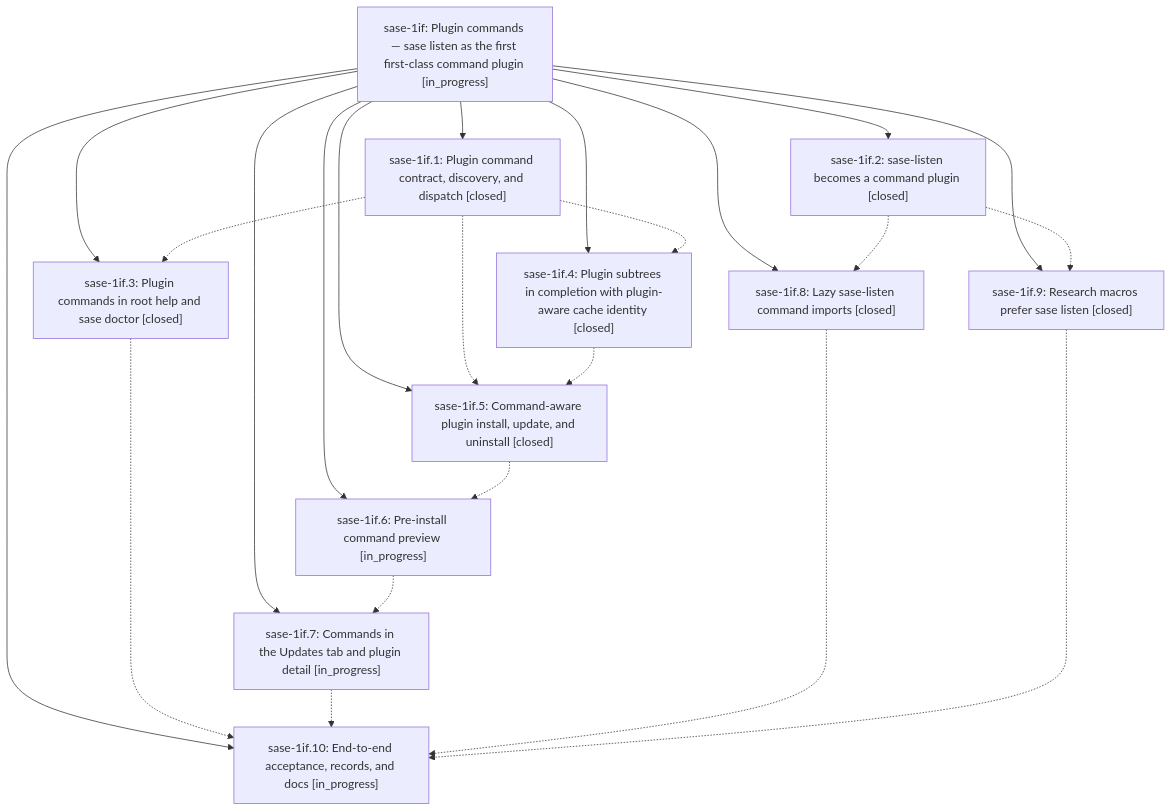
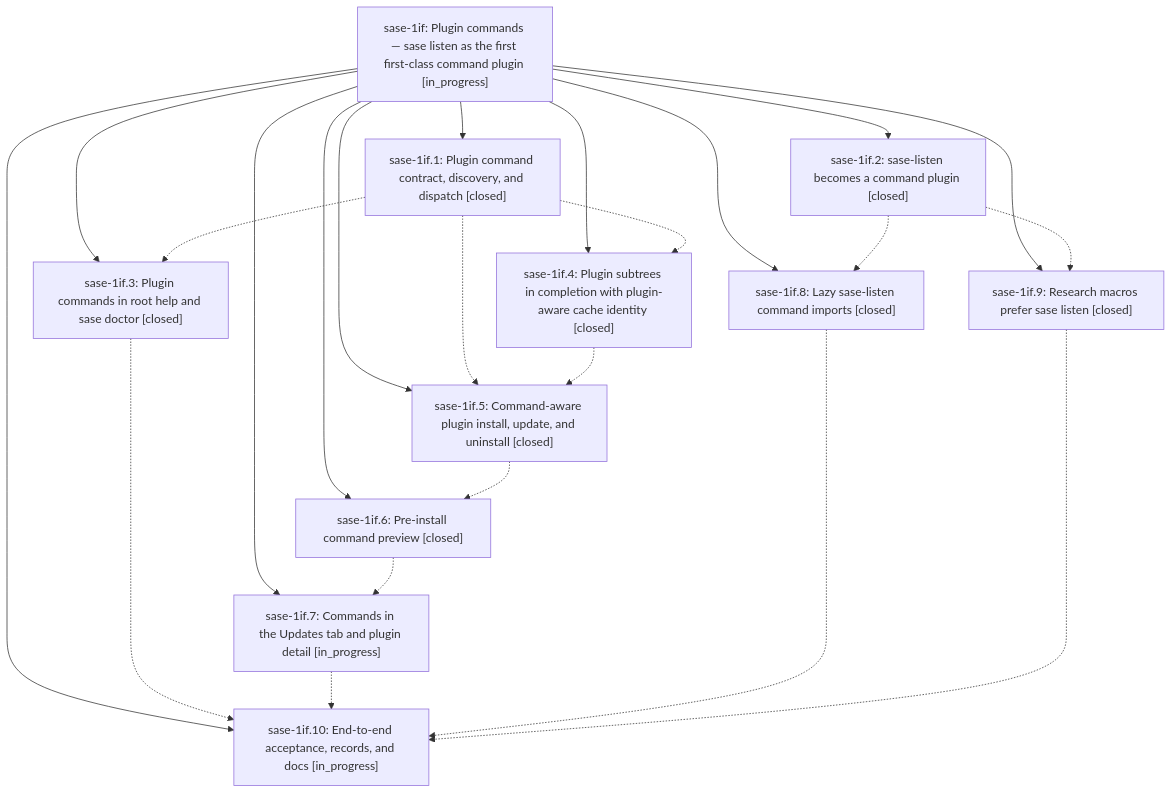
The diagram in pages/sase-1if/README.md (sase-org/sase--beads), drawn with Mermaid before and after one commit. The commit also changed other lines of this file and 4 other files, not shown here.

````diff
--- a/pages/sase-1if/README.md
+++ b/pages/sase-1if/README.md
@@ -45,36 +45,36 @@
 ```mermaid
 flowchart TD
     n0["sase-1if: Plugin commands — sase listen as the first first-class command plugin [in_progress]"]
     n1["sase-1if.1: Plugin command contract, discovery, and dispatch [closed]"]
     n2["sase-1if.10: End-to-end acceptance, records, and docs [in_progress]"]
     n3["sase-1if.2: sase-listen becomes a command plugin [closed]"]
     n4["sase-1if.3: Plugin commands in root help and sase doctor [closed]"]
     n5["sase-1if.4: Plugin subtrees in completion with plugin-aware cache identity [closed]"]
     n6["sase-1if.5: Command-aware plugin install, update, and uninstall [closed]"]
-    n7["sase-1if.6: Pre-install command preview [in_progress]"]
+    n7["sase-1if.6: Pre-install command preview [closed]"]
     n8["sase-1if.7: Commands in the Updates tab and plugin detail [in_progress]"]
     n9["sase-1if.8: Lazy sase-listen command imports [closed]"]
     n10["sase-1if.9: Research macros prefer sase listen [closed]"]
     n0 --> n1
     n0 --> n2
     n0 --> n3
     n0 --> n4
     n0 --> n5
     n0 --> n6
     n0 --> n7
     n0 --> n8
     n0 --> n9
     n0 --> n10
     n1 -.-> n4
     n1 -.-> n5
     n1 -.-> n6
     n3 -.-> n9
     n3 -.-> n10
     n4 -.-> n2
     n5 -.-> n6
     n6 -.-> n7
     n7 -.-> n8
     n8 -.-> n2
     n9 -.-> n2
     n10 -.-> n2
 ```
````
